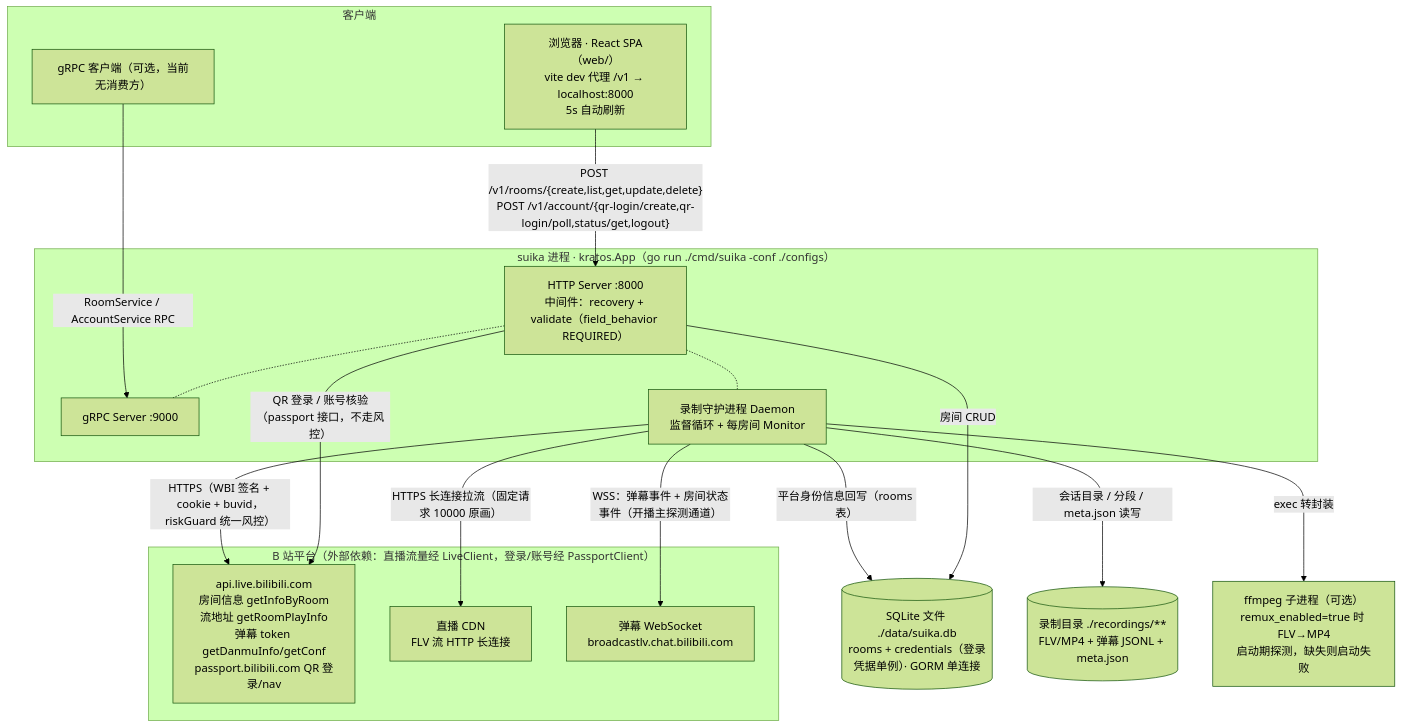
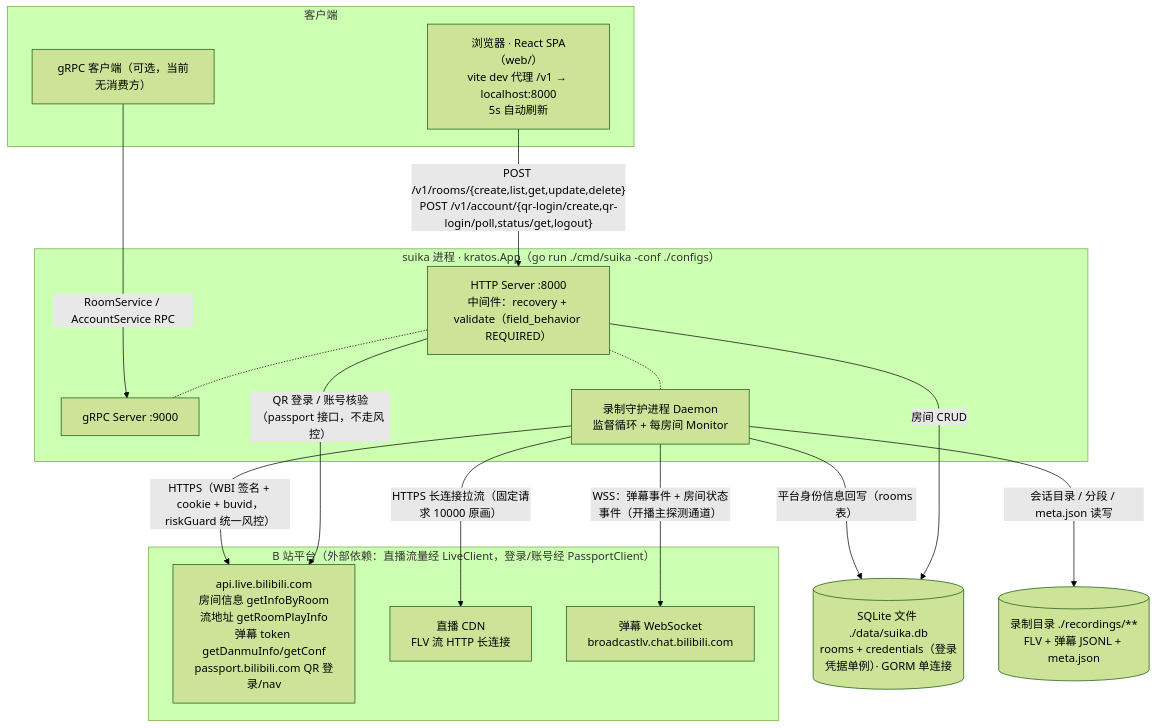
One commit to xgbt/suika changed the first of 10 diagrams in docs/design/architecture-diagrams.md. Above: the diagram before and after it, drawn with Mermaid (forest theme). The commit also changed other lines of this file and 34 other files, not shown here.

````diff
--- a/docs/design/architecture-diagrams.md
+++ b/docs/design/architecture-diagrams.md
@@ -23,36 +23,34 @@
 ```mermaid
 flowchart TB
     subgraph CLIENT["客户端"]
         WEB["浏览器 · React SPA（web/）<br/>vite dev 代理 /v1 → localhost:8000<br/>5s 自动刷新"]
         GRPCCLI["gRPC 客户端（可选，当前无消费方）"]
     end
 
     subgraph SUIKA["suika 进程 · kratos.App（go run ./cmd/suika -conf ./configs）"]
         HS["HTTP Server :8000<br/>中间件：recovery + validate（field_behavior REQUIRED）"]
         GS["gRPC Server :9000"]
         DM["录制守护进程 Daemon<br/>监督循环 + 每房间 Monitor"]
         HS -.- GS
         HS -.- DM
     end
 
     DB[("SQLite 文件 ./data/suika.db<br/>rooms + credentials（登录凭据单例）· GORM 单连接")]
-    REC[("录制目录 ./recordings/**<br/>FLV/MP4 + 弹幕 JSONL + meta.json")]
-    FF["ffmpeg 子进程（可选）<br/>remux_enabled=true 时 FLV→MP4<br/>启动期探测，缺失则启动失败"]
+    REC[("录制目录 ./recordings/**<br/>FLV + 弹幕 JSONL + meta.json")]
 
     subgraph BILI["B 站平台（外部依赖：直播流量经 LiveClient，登录/账号经 PassportClient）"]
         API["api.live.bilibili.com<br/>房间信息 getInfoByRoom<br/>流地址 getRoomPlayInfo<br/>弹幕 token getDanmuInfo/getConf<br/>passport.bilibili.com QR 登录/nav"]
         CDN["直播 CDN<br/>FLV 流 HTTP 长连接"]
         DMWS["弹幕 WebSocket<br/>broadcastlv.chat.bilibili.com"]
     end
 
     WEB -- "POST /v1/rooms/{create,list,get,update,delete}<br/>POST /v1/account/{qr-login/create,qr-login/poll,status/get,logout}" --> HS
     GRPCCLI -- "RoomService / AccountService RPC" --> GS
     HS -- "房间 CRUD" --> DB
     HS -- "QR 登录 / 账号核验（passport 接口，不走风控）" --> API
     DM -- "平台身份信息回写（rooms 表）" --> DB
     DM -- "会话目录 / 分段 / meta.json 读写" --> REC
-    DM -- "exec 转封装" --> FF
     DM -- "HTTPS（WBI 签名 + cookie + buvid，riskGuard 统一风控）" --> API
     DM -- "HTTPS 长连接拉流（固定请求 10000 原画）" --> CDN
     DM -- "WSS：弹幕事件 + 房间状态事件（开播主探测通道）" --> DMWS
 ```
````
